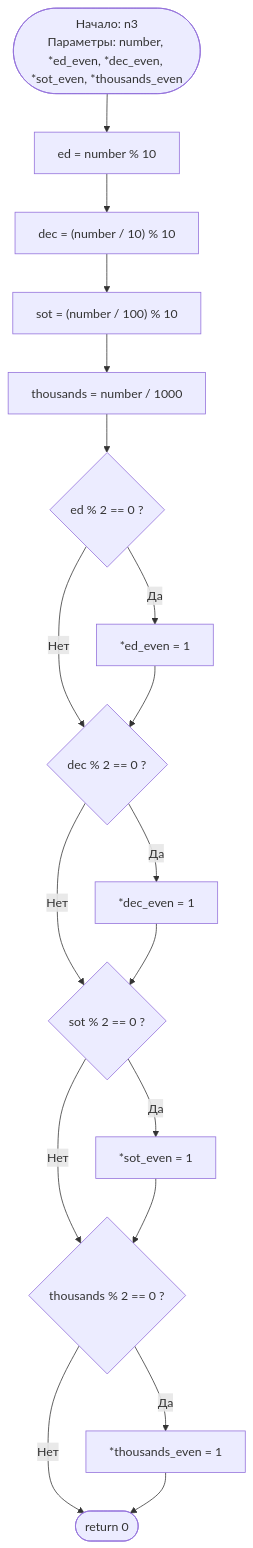
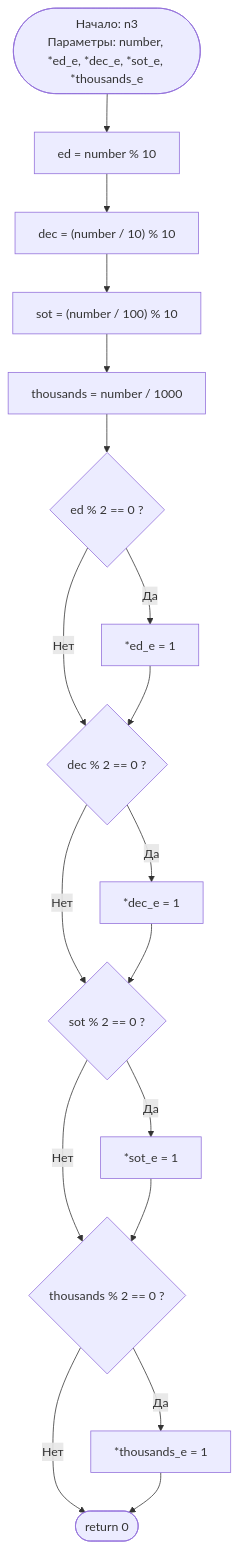
Before and after one commit to Annarioos/Lab6: the second of 2 diagrams in README.md, drawn with Mermaid.

````diff
--- a/README.md
+++ b/README.md
@@ -36,24 +36,24 @@
 ```mermaid
 flowchart TD
-    Start([Начало: n3<br>Параметры: number, *ed_even, *dec_even, *sot_even, *thousands_even]) --> CalcEd["ed = number % 10"]
+    Start([Начало: n3<br>Параметры: number, *ed_e, *dec_e, *sot_e, *thousands_e]) --> CalcEd["ed = number % 10"]
     CalcEd --> CalcDec["dec = (number / 10) % 10"]
     CalcDec --> CalcSot["sot = (number / 100) % 10"]
     CalcSot --> CalcTh["thousands = number / 1000"]
     
     CalcTh --> Cond1{ed % 2 == 0 ?}
-    Cond1 -- Да --> Act1["*ed_even = 1"]
+    Cond1 -- Да --> Act1["*ed_e = 1"]
     Cond1 -- Нет --> Cond2{dec % 2 == 0 ?}
     Act1 --> Cond2
     
-    Cond2 -- Да --> Act2["*dec_even = 1"]
+    Cond2 -- Да --> Act2["*dec_e = 1"]
     Cond2 -- Нет --> Cond3{sot % 2 == 0 ?}
     Act2 --> Cond3
     
-    Cond3 -- Да --> Act3["*sot_even = 1"]
+    Cond3 -- Да --> Act3["*sot_e = 1"]
     Cond3 -- Нет --> Cond4{thousands % 2 == 0 ?}
     Act3 --> Cond4
     
-    Cond4 -- Да --> Act4["*thousands_even = 1"]
+    Cond4 -- Да --> Act4["*thousands_e = 1"]
     Cond4 -- Нет --> Ret([return 0])
     Act4 --> Ret
 ```
````
